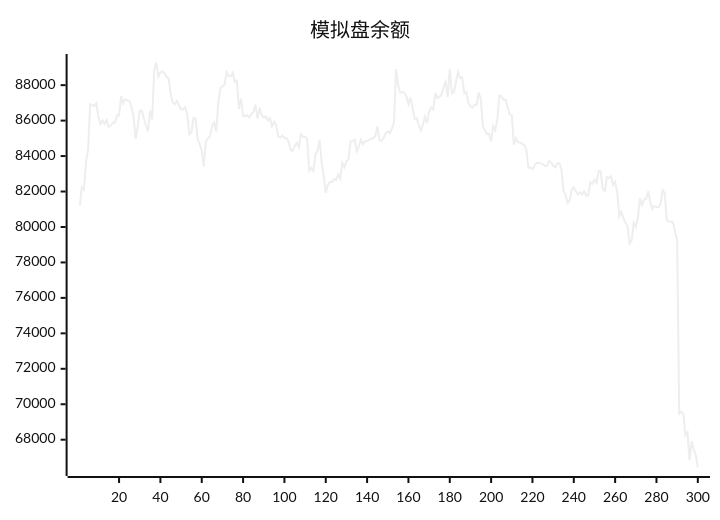
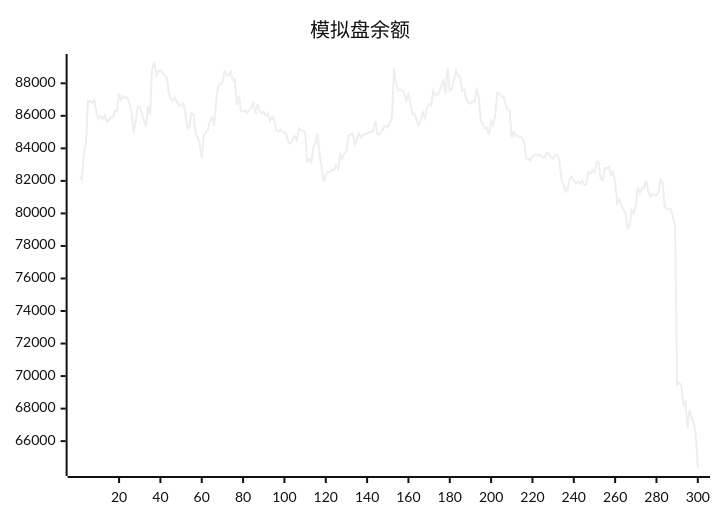
The diagram in README.md (aahl/ai-trading), drawn with Mermaid (neutral theme) before and after one commit. The commit also changed other lines of this file and 1 other file, not shown here.

````diff
--- a/README.md
+++ b/README.md
@@ -5,5 +5,5 @@
 ```mermaid
 xychart
     title "模拟盘余额"
-    line [81210,82242,82099,83658,84359,86925,86892,86814,86980,86203,85802,86003,85811,86028,85657,85721,85896,85880,86300,86299,87378,86965,87214,87115,87118,86780,86238,84966,85623,86555,86562,86129,85722,85387,86569,86070,88870,89278,88477,88720,88781,88668,88467,88372,87493,87018,86917,87102,86870,86613,86644,86758,86317,85242,85334,86149,86106,84968,84671,84302,83410,84816,85001,85127,85693,85891,85384,87001,87811,87945,88007,88734,88528,88495,88705,88189,88248,86662,87234,86279,86251,86314,86177,86364,86503,86886,86114,86731,86310,86176,86240,86017,86136,85685,85938,85749,85111,85044,85164,85016,85008,84824,84354,84287,84572,84745,84500,85234,85096,85095,84970,83180,83338,83157,84070,84309,84922,83667,82850,81924,82369,82552,82539,82695,82648,82962,82728,83619,83378,83710,83825,84819,84854,84917,84265,84527,84919,84668,84834,84850,84916,84981,85004,85131,85674,84891,84864,85019,85284,85393,85294,85538,85894,88904,88012,87567,87625,87568,87386,86920,87313,86737,86094,86143,85725,85437,85787,86219,85859,86526,86740,86630,87563,87264,87335,87483,87886,88180,87335,88894,87544,87608,88207,88755,88401,88444,87543,87608,87000,86810,86740,86894,86884,87576,87209,85686,85435,85251,85255,84820,85689,85453,86066,87420,87373,87161,87178,86740,86341,86315,84643,85012,84772,84768,84690,84635,84376,83360,83357,83259,83474,83608,83606,83602,83548,83440,83454,83724,83644,83464,83365,83590,83592,83275,82072,81806,81344,81492,82109,82254,82006,81848,81955,81829,82022,81769,81776,82522,82441,82656,82498,83144,83144,82150,82038,82797,82763,82872,82367,82536,81981,80612,80862,80484,80242,80034,79063,79245,80226,80016,80507,81625,81233,81544,81578,82016,81401,81019,81186,81130,81118,81306,82066,81909,80392,80304,80291,80258,79729,79261,69466,69579,69456,68251,68415,66832,67911,67462,67144,66432]
+    line [82242,82099,83658,84359,86925,86892,86814,86980,86203,85802,86003,85811,86028,85657,85721,85896,85880,86300,86299,87378,86965,87214,87115,87118,86780,86238,84966,85623,86555,86562,86129,85722,85387,86569,86070,88870,89278,88477,88720,88781,88668,88467,88372,87493,87018,86917,87102,86870,86613,86644,86758,86317,85242,85334,86149,86106,84968,84671,84302,83410,84816,85001,85127,85693,85891,85384,87001,87811,87945,88007,88734,88528,88495,88705,88189,88248,86662,87234,86279,86251,86314,86177,86364,86503,86886,86114,86731,86310,86176,86240,86017,86136,85685,85938,85749,85111,85044,85164,85016,85008,84824,84354,84287,84572,84745,84500,85234,85096,85095,84970,83180,83338,83157,84070,84309,84922,83667,82850,81924,82369,82552,82539,82695,82648,82962,82728,83619,83378,83710,83825,84819,84854,84917,84265,84527,84919,84668,84834,84850,84916,84981,85004,85131,85674,84891,84864,85019,85284,85393,85294,85538,85894,88904,88012,87567,87625,87568,87386,86920,87313,86737,86094,86143,85725,85437,85787,86219,85859,86526,86740,86630,87563,87264,87335,87483,87886,88180,87335,88894,87544,87608,88207,88755,88401,88444,87543,87608,87000,86810,86740,86894,86884,87576,87209,85686,85435,85251,85255,84820,85689,85453,86066,87420,87373,87161,87178,86740,86341,86315,84643,85012,84772,84768,84690,84635,84376,83360,83357,83259,83474,83608,83606,83602,83548,83440,83454,83724,83644,83464,83365,83590,83592,83275,82072,81806,81344,81492,82109,82254,82006,81848,81955,81829,82022,81769,81776,82522,82441,82656,82498,83144,83144,82150,82038,82797,82763,82872,82367,82536,81981,80612,80862,80484,80242,80034,79063,79245,80226,80016,80507,81625,81233,81544,81578,82016,81401,81019,81186,81130,81118,81306,82066,81909,80392,80304,80291,80258,79729,79261,69466,69579,69456,68251,68415,66832,67911,67462,67144,66432,64380]
 ```
````
